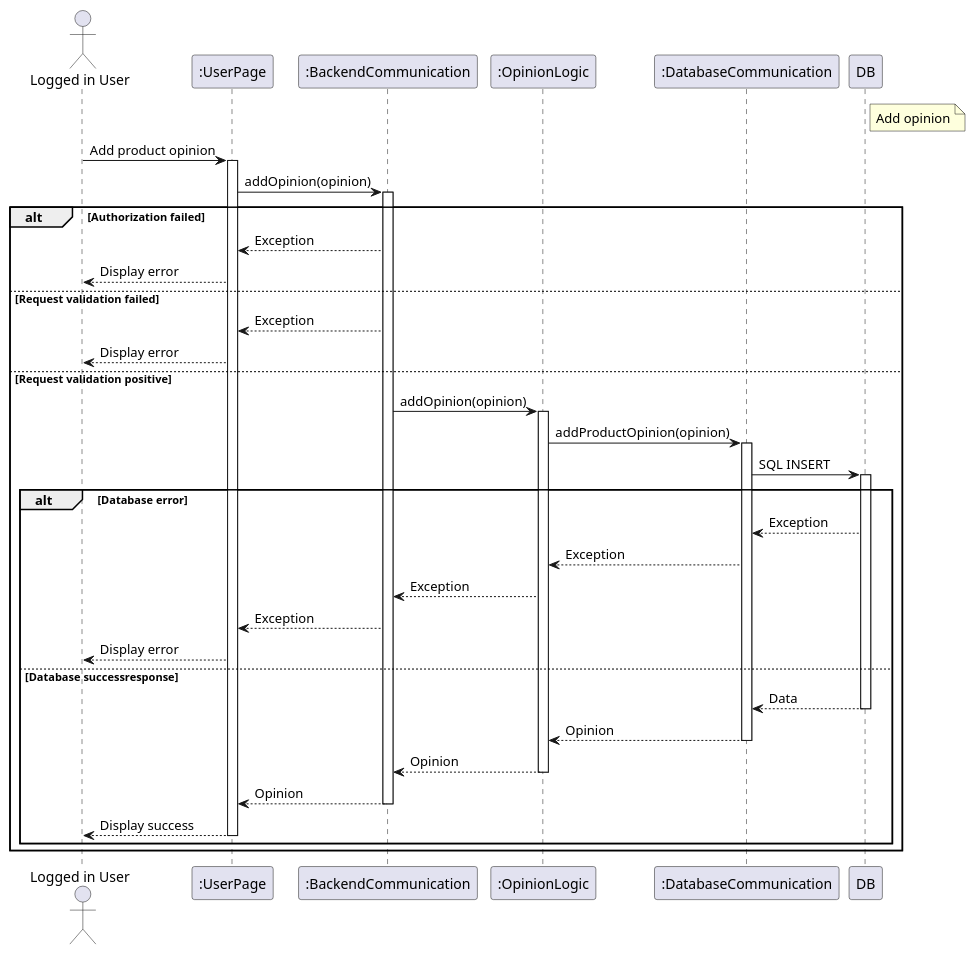
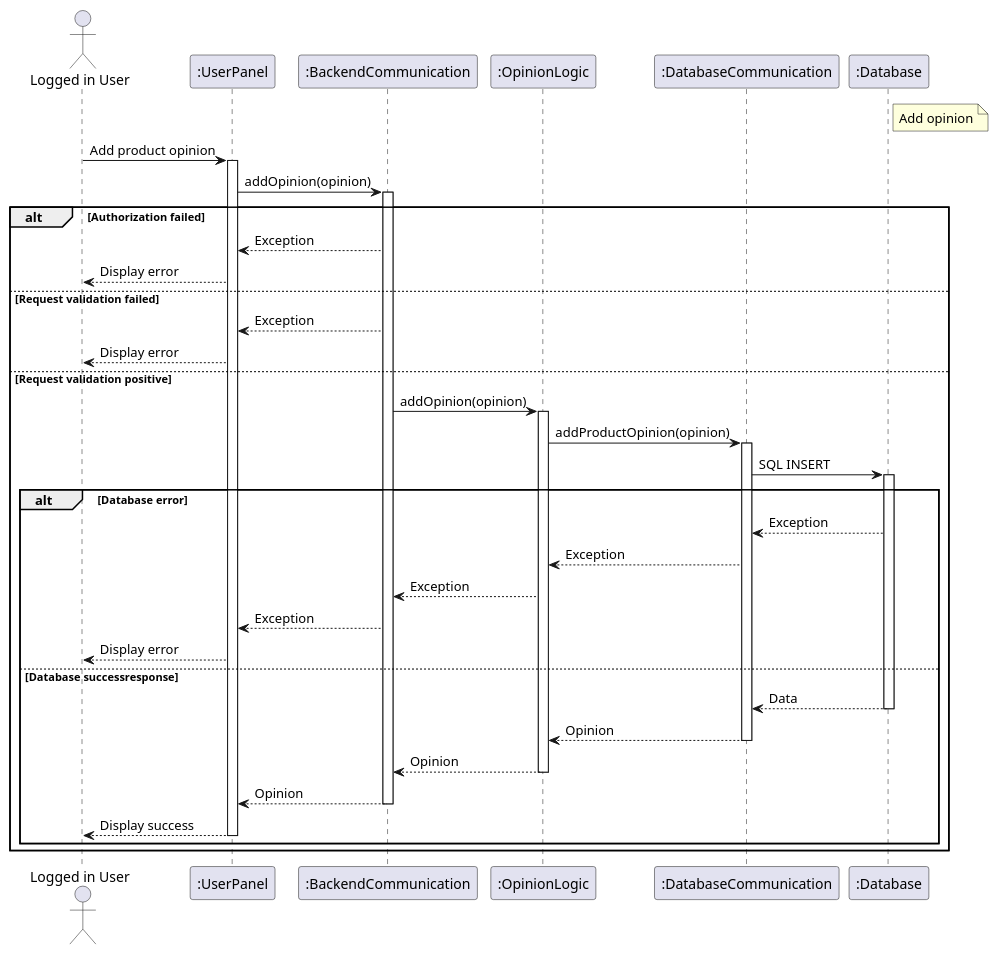
The second of 2 diagrams in WholeApplicationFlowDiagrams.md (RadekBucki/OpinionCollectorArchitecture), drawn with PlantUML before and after one commit. The commit also changed other lines of this file, not shown here.

Commit message:
Fix naming issue

````diff
--- a/WholeApplicationFlowDiagrams.md
+++ b/WholeApplicationFlowDiagrams.md
@@ -36,53 +36,53 @@
 ```plantuml
 ```plantuml
 @startuml
-    note right of DB
+    note right of ":Database"
         Add opinion
     endnote
     
     actor       "Logged in User" as User
-    participant ":UserPage"              as UserFE
+    participant ":UserPanel"             as UserFE
     participant ":BackendCommunication"  as BeComm
     participant ":OpinionLogic"          as Opinion
     participant ":DatabaseCommunication" as DbComm
-    participant ":Database"              as DB
+    participant ":Database"
     
     User    -> UserFE  : Add product opinion
     activate UserFE
     UserFE  -> BeComm  : addOpinion(opinion)
     activate BeComm
     alt Authorization failed
         BeComm --> UserFE : Exception
         UserFE --> User   : Display error
     else Request validation failed
         BeComm --> UserFE : Exception
         UserFE --> User   : Display error
     else Request validation positive
         BeComm  -> Opinion : addOpinion(opinion)
         activate Opinion
         Opinion -> DbComm  : addProductOpinion(opinion)
         activate DbComm
-        DbComm  -> DB      : SQL INSERT
-        activate DB
+        DbComm  -> ":Database"      : SQL INSERT
+        activate ":Database"
         alt Database error
-            DB --> DbComm      : Exception
+            ":Database" --> DbComm      : Exception
             DbComm --> Opinion : Exception
             Opinion --> BeComm : Exception
             BeComm --> UserFE  : Exception
             UserFE --> User    : Display error
         else Database successresponse
-            DB --> DbComm      : Data
-            deactivate DB
+            ":Database" --> DbComm      : Data
+            deactivate ":Database"
             DbComm --> Opinion : Opinion
             deactivate DbComm
             Opinion --> BeComm : Opinion
             deactivate Opinion
             BeComm --> UserFE  : Opinion
             deactivate BeComm
             UserFE --> User    : Display success
             deactivate UserFE
         end
     end
     
 @enduml
 ```
````
